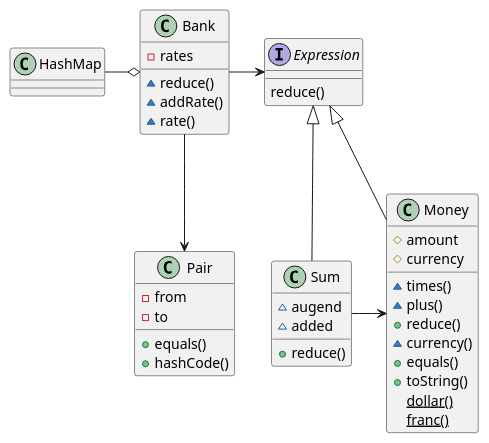
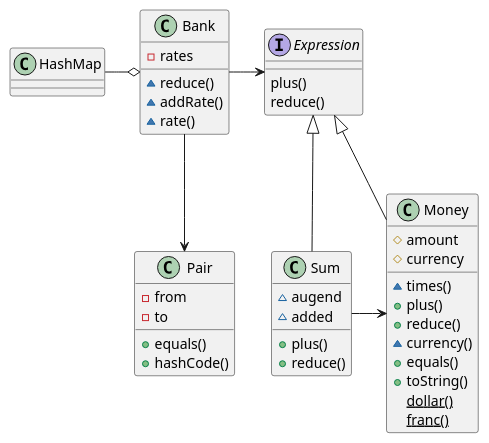
The diagram in docs/_tdd.md (k2works/etude_for_java), drawn with PlantUML before and after one commit. The commit also changed other lines of this file and 6 other files, not shown here.

````diff
--- a/docs/_tdd.md
+++ b/docs/_tdd.md
@@ -41,40 +41,42 @@
 ```puml
 class Money {
   #amount
   #currency
   ~times()
-  ~plus()
+  +plus()
   +reduce()
   ~currency()
   +equals()
   +toString()
   {static}dollar()
   {static}franc()
 }
 interface Expression {
+  plus()
   reduce()
 }
 class Bank {
   -rates
   ~reduce()
   ~addRate()
   ~rate()
 }
 class Sum {
   ~augend
   ~added
+  +plus()
   +reduce()  
 }
 class Pair {
   -from
   -to
   +equals()
   +hashCode()
 }
 Expression <|-- Money
 Bank -> Expression
 Expression <|-- Sum
 Sum -> Money
 Bank o-l HashMap
 Bank --> Pair
 ```
````
